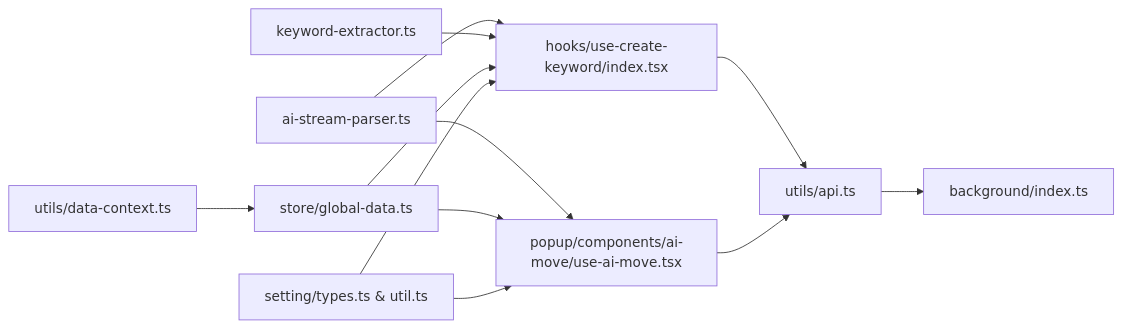
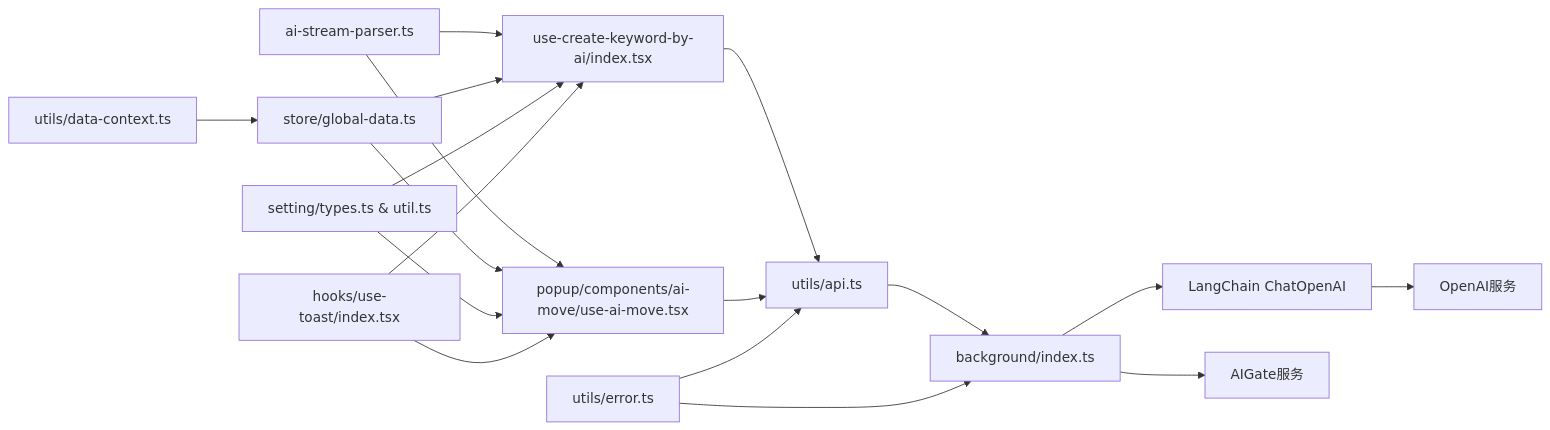
One commit to RadiumAg/bilibili-favorites changed the sixth of 6 diagrams in .qoder/repowiki/zh/content/API参考文档/AI服务API.md. Above: the diagram before and after it, drawn with Mermaid. The commit also changed other lines of this file and 21 other files, not shown here.

````diff
--- a/.qoder/repowiki/zh/content/API参考文档/AI服务API.md
+++ b/.qoder/repowiki/zh/content/API参考文档/AI服务API.md
@@ -370,14 +436,20 @@
 ```mermaid
 graph LR
-UI1["hooks/use-create-keyword/index.tsx"] --> API1["utils/api.ts"]
+UI1["use-create-keyword-by-ai/index.tsx"] --> API1["utils/api.ts"]
 UI2["popup/components/ai-move/use-ai-move.tsx"] --> API1
 API1 --> BG1["background/index.ts"]
+BG1 --> LC1["LangChain ChatOpenAI"]
+LC1 --> OA1["OpenAI服务"]
+BG1 --> AG1["AIGate服务"]
 Parser["ai-stream-parser.ts"] --> UI1
 Parser --> UI2
-Extractor["keyword-extractor.ts"] --> UI1
 Store["store/global-data.ts"] --> UI1
 Store --> UI2
 Types["utils/data-context.ts"] --> Store
 Settings["setting/types.ts & util.ts"] --> UI1
 Settings --> UI2
+Error["utils/error.ts"] --> API1
+Error --> BG1
+Toast["hooks/use-toast/index.tsx"] --> UI1
+Toast --> UI2
 ```
````
